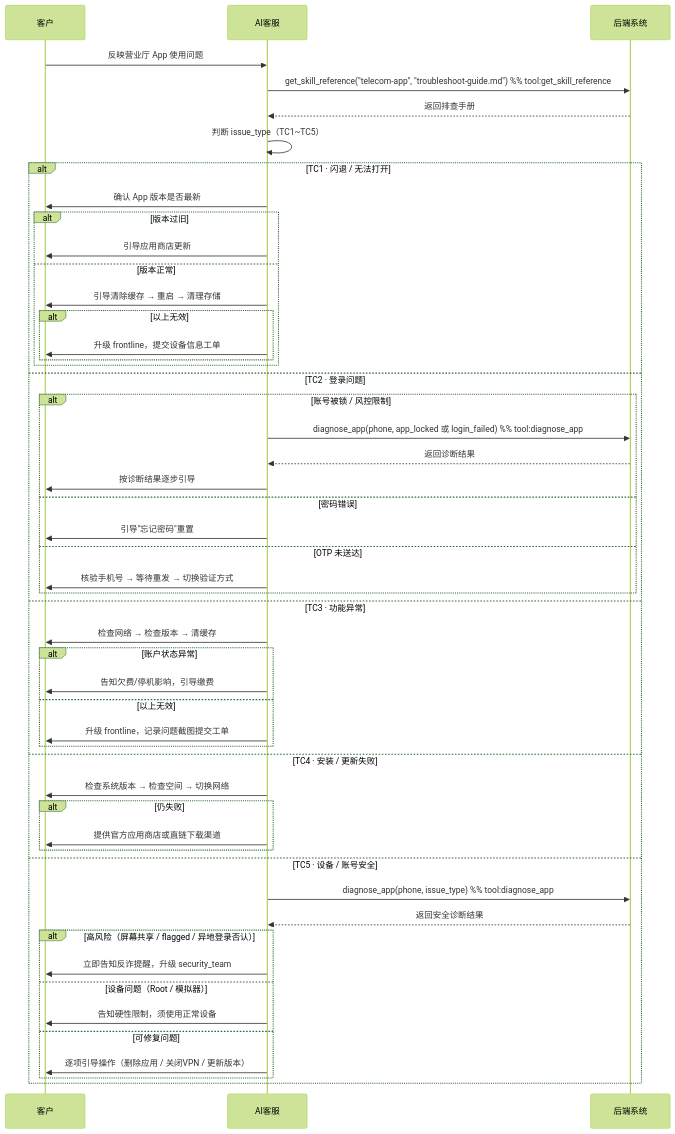
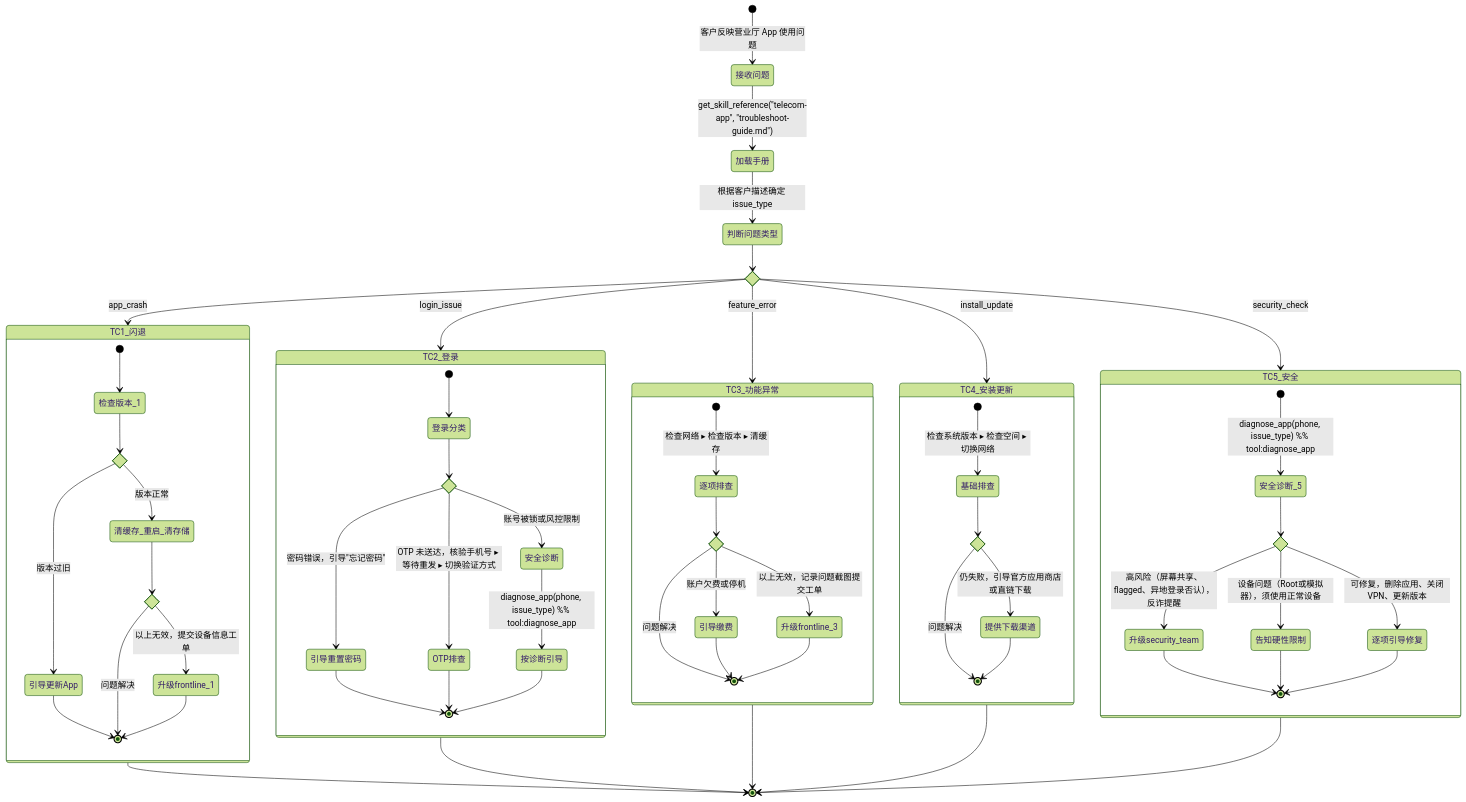
The diagram in backend/skills/biz-skills/telecom-app/SKILL.md (cacling/ai-bot), drawn with Mermaid (forest theme) before and after one commit. The commit also changed other lines of this file and 132 other files, not shown here.

````diff
--- a/backend/skills/biz-skills/telecom-app/SKILL.md
+++ b/backend/skills/biz-skills/telecom-app/SKILL.md
@@ -194,56 +194,79 @@
 ```mermaid
-sequenceDiagram
-    participant C as 客户
-    participant A as AI客服
-    participant S as 后端系统
+stateDiagram-v2
+    [*] --> 接收问题: 客户反映营业厅 App 使用问题
+    接收问题 --> 加载手册: get_skill_reference("telecom-app", "troubleshoot-guide.md")
+    加载手册 --> 判断问题类型: 根据客户描述确定 issue_type
 
-    C->>A: 反映营业厅 App 使用问题
-    A->>S: get_skill_reference("telecom-app", "troubleshoot-guide.md") %% tool:get_skill_reference
-    S-->>A: 返回排查手册
+    state 问题分类 <<choice>>
+    判断问题类型 --> 问题分类
+    问题分类 --> TC1_闪退: app_crash
+    问题分类 --> TC2_登录: login_issue
+    问题分类 --> TC3_功能异常: feature_error
+    问题分类 --> TC4_安装更新: install_update
+    问题分类 --> TC5_安全: security_check
 
-    A->>A: 判断 issue_type（TC1~TC5）
+    state TC1_闪退 {
+        [*] --> 检查版本_1
+        state 版本结果_1 <<choice>>
+        检查版本_1 --> 版本结果_1
+        版本结果_1 --> 引导更新App: 版本过旧
+        版本结果_1 --> 清缓存_重启_清存储: 版本正常
+        引导更新App --> [*]
+        state 自助结果_1 <<choice>>
+        清缓存_重启_清存储 --> 自助结果_1
+        自助结果_1 --> [*]: 问题解决
+        自助结果_1 --> 升级frontline_1: 以上无效，提交设备信息工单
+        升级frontline_1 --> [*]
+    }
 
-    alt TC1 · 闪退 / 无法打开
-        A->>C: 确认 App 版本是否最新
-        alt 版本过旧
-            A->>C: 引导应用商店更新
-        else 版本正常
-            A->>C: 引导清除缓存 → 重启 → 清理存储
-            alt 以上无效
-                A->>C: 升级 frontline，提交设备信息工单
-            end
-        end
-    else TC2 · 登录问题
-        alt 账号被锁 / 风控限制
-            A->>S: diagnose_app(phone, app_locked 或 login_failed) %% tool:diagnose_app
-            S-->>A: 返回诊断结果
-            A->>C: 按诊断结果逐步引导
-        else 密码错误
-            A->>C: 引导"忘记密码"重置
-        else OTP 未送达
-            A->>C: 核验手机号 → 等待重发 → 切换验证方式
-        end
-    else TC3 · 功能异常
-        A->>C: 检查网络 → 检查版本 → 清缓存
-        alt 账户状态异常
-            A->>C: 告知欠费/停机影响，引导缴费
-        else 以上无效
-            A->>C: 升级 frontline，记录问题截图提交工单
-        end
-    else TC4 · 安装 / 更新失败
-        A->>C: 检查系统版本 → 检查空间 → 切换网络
-        alt 仍失败
-            A->>C: 提供官方应用商店或直链下载渠道
-        end
-    else TC5 · 设备 / 账号安全
-        A->>S: diagnose_app(phone, issue_type) %% tool:diagnose_app
-        S-->>A: 返回安全诊断结果
-        alt 高风险（屏幕共享 / flagged / 异地登录否认）
-            A->>C: 立即告知反诈提醒，升级 security_team
-        else 设备问题（Root / 模拟器）
-            A->>C: 告知硬性限制，须使用正常设备
-        else 可修复问题
-            A->>C: 逐项引导操作（删除应用 / 关闭VPN / 更新版本）
-        end
-    end
+    state TC2_登录 {
+        [*] --> 登录分类
+        state 登录类型 <<choice>>
+        登录分类 --> 登录类型
+        登录类型 --> 安全诊断: 账号被锁或风控限制
+        登录类型 --> 引导重置密码: 密码错误，引导"忘记密码"
+        登录类型 --> OTP排查: OTP 未送达，核验手机号 ▸ 等待重发 ▸ 切换验证方式
+        安全诊断 --> 按诊断引导: diagnose_app(phone, issue_type) %% tool:diagnose_app
+        引导重置密码 --> [*]
+        OTP排查 --> [*]
+        按诊断引导 --> [*]
+    }
+
+    state TC3_功能异常 {
+        [*] --> 逐项排查: 检查网络 ▸ 检查版本 ▸ 清缓存
+        state 排查结果_3 <<choice>>
+        逐项排查 --> 排查结果_3
+        排查结果_3 --> 引导缴费: 账户欠费或停机
+        排查结果_3 --> 升级frontline_3: 以上无效，记录问题截图提交工单
+        排查结果_3 --> [*]: 问题解决
+        引导缴费 --> [*]
+        升级frontline_3 --> [*]
+    }
+
+    state TC4_安装更新 {
+        [*] --> 基础排查: 检查系统版本 ▸ 检查空间 ▸ 切换网络
+        state 排查结果_4 <<choice>>
+        基础排查 --> 排查结果_4
+        排查结果_4 --> [*]: 问题解决
+        排查结果_4 --> 提供下载渠道: 仍失败，引导官方应用商店或直链下载
+        提供下载渠道 --> [*]
+    }
+
+    state TC5_安全 {
+        [*] --> 安全诊断_5: diagnose_app(phone, issue_type) %% tool:diagnose_app
+        state 风险等级 <<choice>>
+        安全诊断_5 --> 风险等级
+        风险等级 --> 升级security_team: 高风险（屏幕共享、flagged、异地登录否认），反诈提醒
+        风险等级 --> 告知硬性限制: 设备问题（Root或模拟器），须使用正常设备
+        风险等级 --> 逐项引导修复: 可修复，删除应用、关闭VPN、更新版本
+        升级security_team --> [*]
+        告知硬性限制 --> [*]
+        逐项引导修复 --> [*]
+    }
+
+    TC1_闪退 --> [*]
+    TC2_登录 --> [*]
+    TC3_功能异常 --> [*]
+    TC4_安装更新 --> [*]
+    TC5_安全 --> [*]
 ```
````
